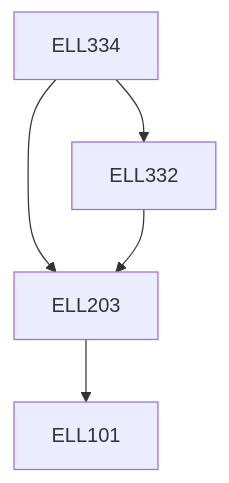
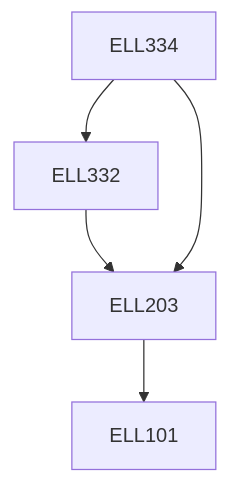
Before and after one commit to KeshavBansal0122/CoS_Website: the diagram in content/Electrical Engineering/ELL334.md, drawn with Mermaid. The commit also changed other lines of this file and 2662 other files, not shown here.

````diff
--- a/content/Electrical Engineering/ELL334.md
+++ b/content/Electrical Engineering/ELL334.md
@@ -13,11 +13,11 @@
 ```mermaid
 flowchart TD
 ELL334-323[ELL334]
+ELL332-323 --> ELL203-323[ELL203]
 ELL334-323 --> ELL203-323[ELL203]
+ELL334-323 --> ELL332-323[ELL332]
 ELL203-323 --> ELL101-323[ELL101]
-ELL334-323 --> ELL332-323[ELL332]
-ELL332-323 --> ELL203-323[ELL203]
 
 classDef empty height:17px, fill:transparent, stroke:transparent;
 classDef trueEmpty height:0px, width:0px;
 ```
````
